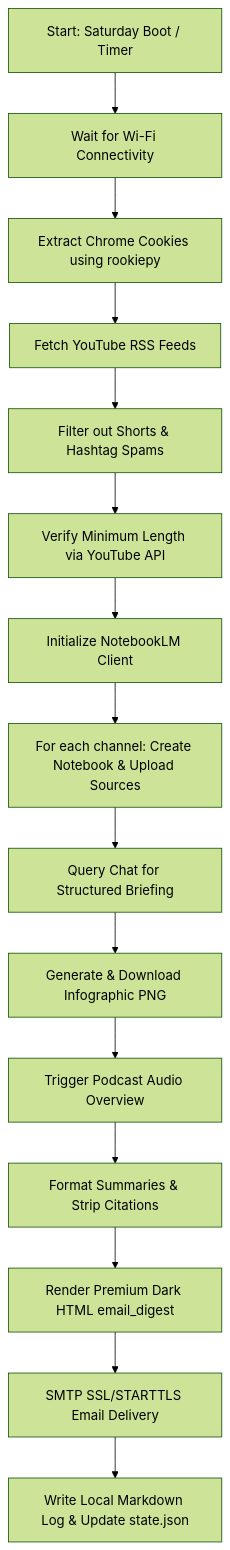
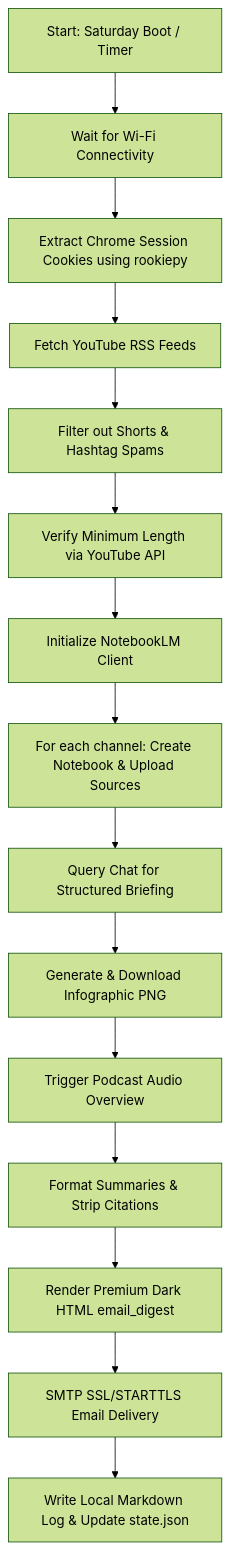
The diagram in README.md (vkr1729/TubeLM), drawn with Mermaid (forest theme) before and after one commit. The commit also changed other lines of this file, not shown here.

````diff
--- a/README.md
+++ b/README.md
@@ -50,17 +62,17 @@
 ```mermaid
 graph TD
     A[Start: Saturday Boot / Timer] --> B[Wait for Wi-Fi Connectivity]
-    B --> C[Extract Chrome Cookies using rookiepy]
+    B --> C[Extract Chrome Session Cookies using rookiepy]
     C --> D[Fetch YouTube RSS Feeds]
     D --> E[Filter out Shorts & Hashtag Spams]
     E --> F[Verify Minimum Length via YouTube API]
     F --> G[Initialize NotebookLM Client]
     G --> H[For each channel: Create Notebook & Upload Sources]
     H --> I[Query Chat for Structured Briefing]
     I --> J[Generate & Download Infographic PNG]
     J --> K[Trigger Podcast Audio Overview]
     K --> L[Format Summaries & Strip Citations]
     L --> M[Render Premium Dark HTML email_digest]
     M --> N[SMTP SSL/STARTTLS Email Delivery]
     N --> O[Write Local Markdown Log & Update state.json]
 ```
````
